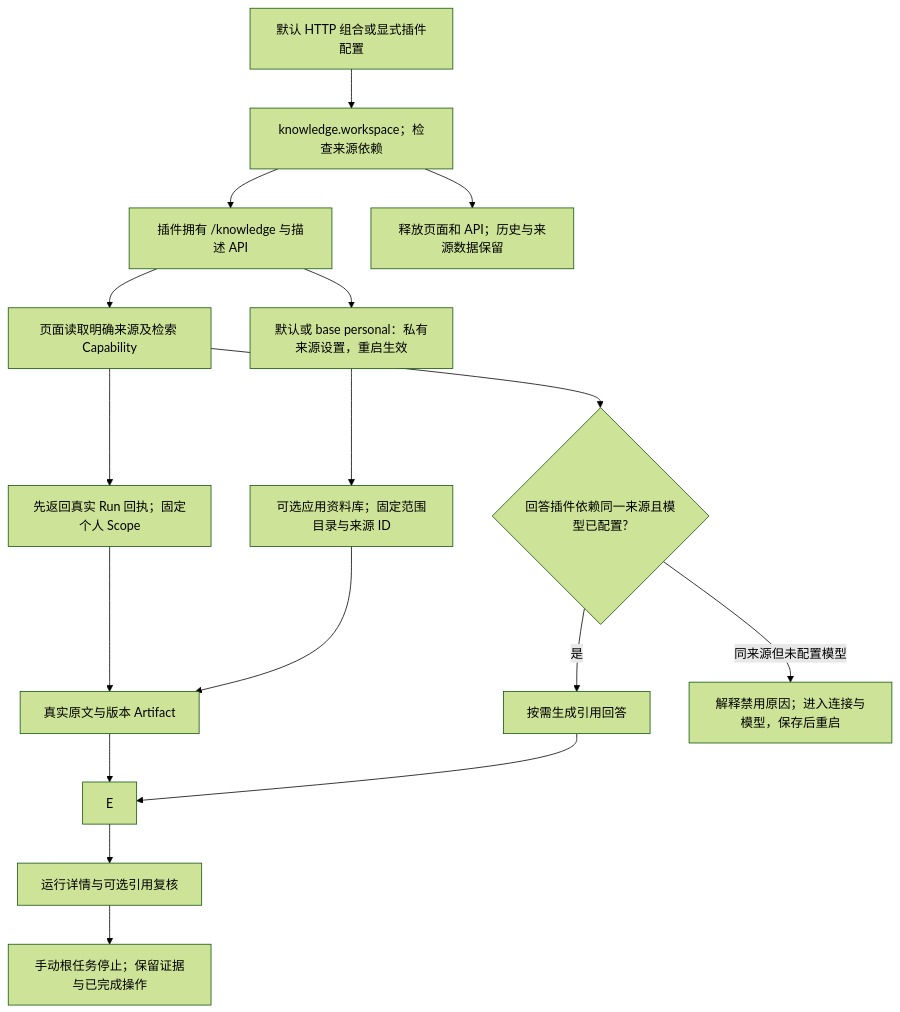
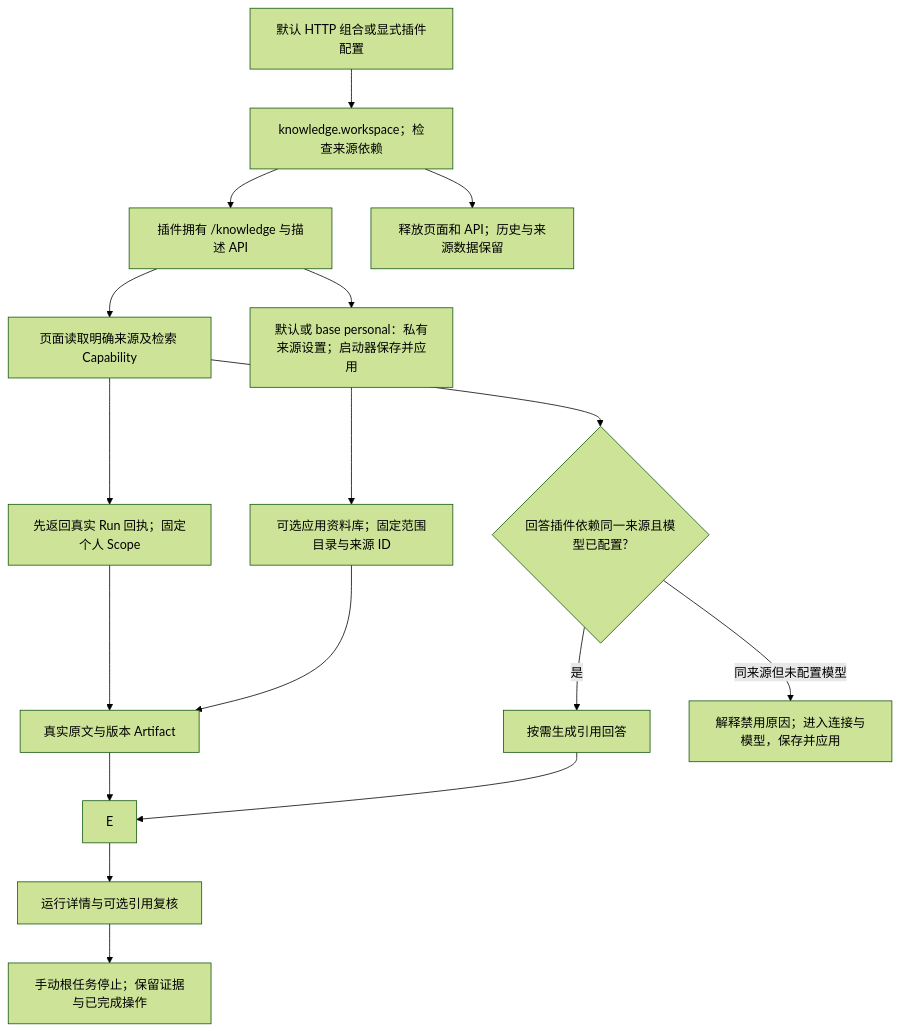
Before and after one commit to KlayPeter/AI-Delivery-Ops-Agent: the first of 2 diagrams in backend/src/knowledge/workspace/FEATURE.md, drawn with Mermaid (forest theme). The commit also changed other lines of this file and 26 other files, not shown here.

````diff
--- a/backend/src/knowledge/workspace/FEATURE.md
+++ b/backend/src/knowledge/workspace/FEATURE.md
@@ -19,19 +19,19 @@
 ```mermaid
 flowchart TD
     C[默认 HTTP 组合或显式插件配置] --> P[knowledge.workspace；检查来源依赖]
     P --> W[插件拥有 /knowledge 与描述 API]
     W --> V[页面读取明确来源及检索 Capability]
     V --> R[先返回真实 Run 回执；固定个人 Scope]
     D --> STOPRUN[手动根任务停止；保留证据与已完成操作]
     R --> K[已选择的 Markdown 或网页 Agent]
     K --> E
     CFG --> LIB[可选应用资料库；固定范围目录与来源 ID]
     LIB --> K[真实原文与版本 Artifact]
     E --> D[运行详情与可选引用复核]
     V --> MATCH{回答插件依赖同一来源且模型已配置?}
     MATCH -- 是 --> A[按需生成引用回答]
-    MATCH -- 同来源但未配置模型 --> GUIDE[解释禁用原因；进入连接与模型，保存后重启]
+    MATCH -- 同来源但未配置模型 --> GUIDE[解释禁用原因；进入连接与模型，保存并应用]
     A --> E
-    W --> CFG[默认或 base personal：私有来源设置，重启生效]
+    W --> CFG[默认或 base personal：私有来源设置；启动器保存并应用]
     P --> STOP[释放页面和 API；历史与来源数据保留]
 ```
````
